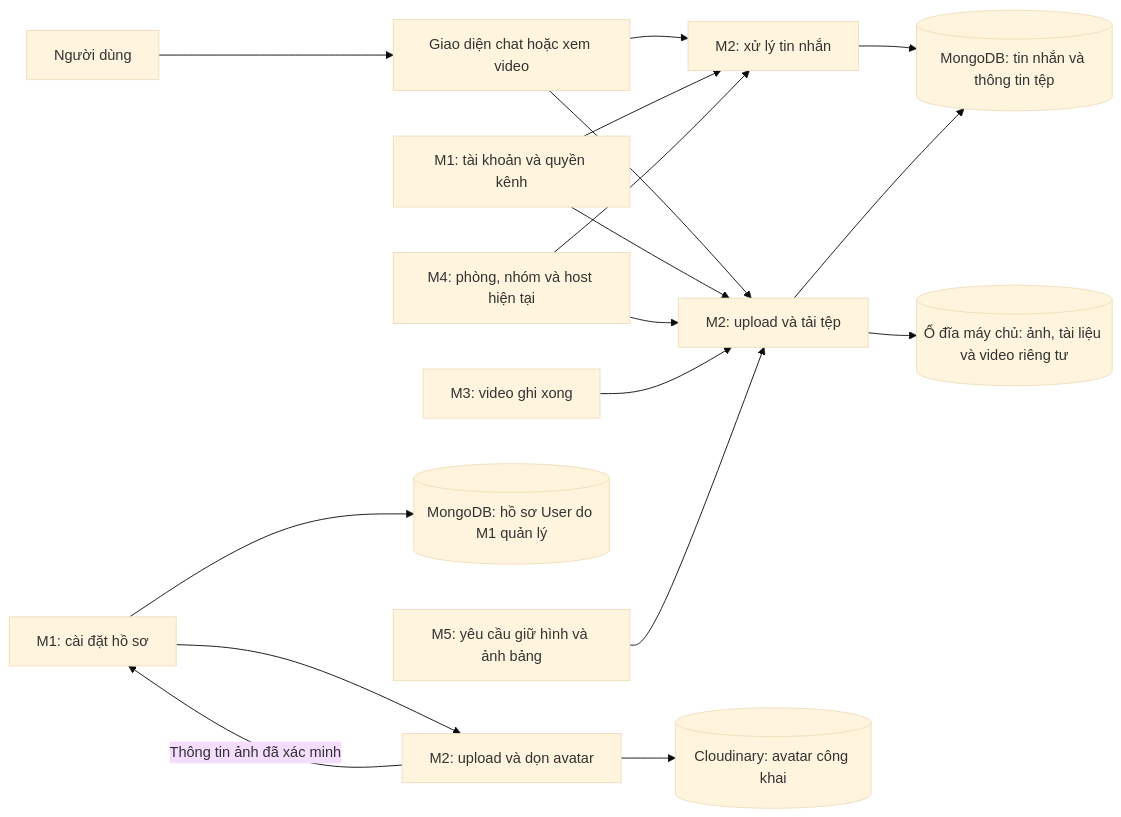
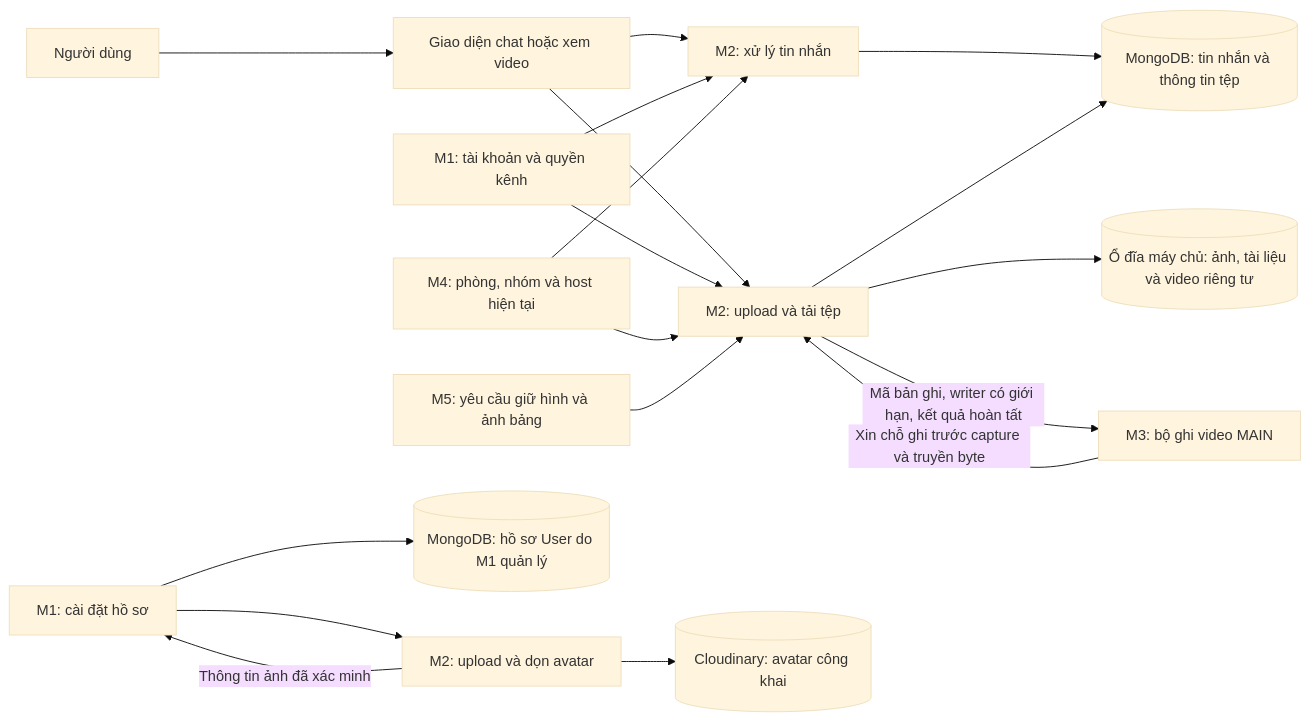
One commit to Lightning1507/CoLearnia changed the first of 2 diagrams in docs/proposals/m2-messaging-files.md. Above: the diagram before and after it, drawn with Mermaid (base theme). The commit also changed other lines of this file, not shown here.

````diff
--- a/docs/proposals/m2-messaging-files.md
+++ b/docs/proposals/m2-messaging-files.md
@@ -65,19 +67,20 @@
 ```mermaid
 flowchart LR
   User[Người dùng] --> UI[Giao diện chat hoặc xem video]
   UI --> Chat[M2: xử lý tin nhắn]
   UI --> File[M2: upload và tải tệp]
   M1[M1: tài khoản và quyền kênh] --> Chat
   M1 --> File
   M4[M4: phòng, nhóm và host hiện tại] --> Chat
   M4 --> File
   Chat --> DB[(MongoDB: tin nhắn và thông tin tệp)]
   File --> DB
   File --> Store[(Ổ đĩa máy chủ: ảnh, tài liệu và video riêng tư)]
   Profile[M1: cài đặt hồ sơ] --> Avatar[M2: upload và dọn avatar]
   Avatar --> Cloud[(Cloudinary: avatar công khai)]
   Avatar -->|Thông tin ảnh đã xác minh| Profile
   Profile --> UserDB[(MongoDB: hồ sơ User do M1 quản lý)]
-  M3[M3: video ghi xong] --> File
+  M3[M3: bộ ghi video MAIN] -->|Xin chỗ ghi trước capture và truyền byte| File
+  File -->|Mã bản ghi, writer có giới hạn, kết quả hoàn tất| M3
   M5[M5: yêu cầu giữ hình và ảnh bảng] --> File
 ```
````
